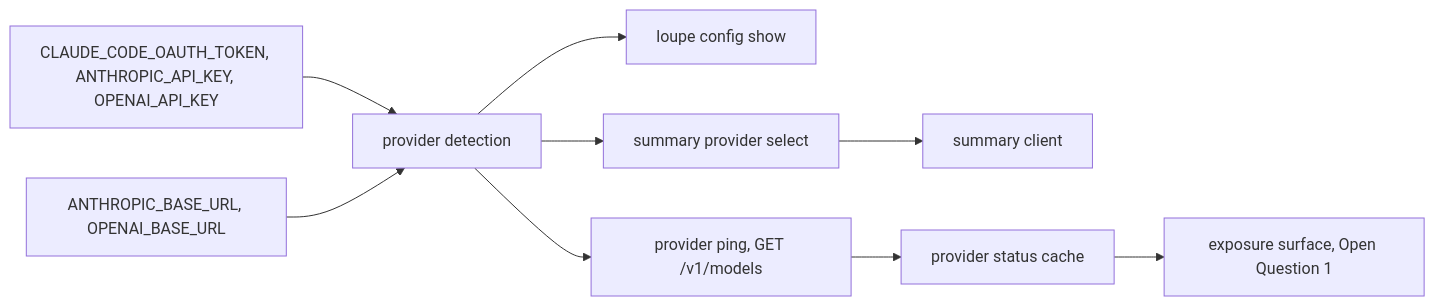
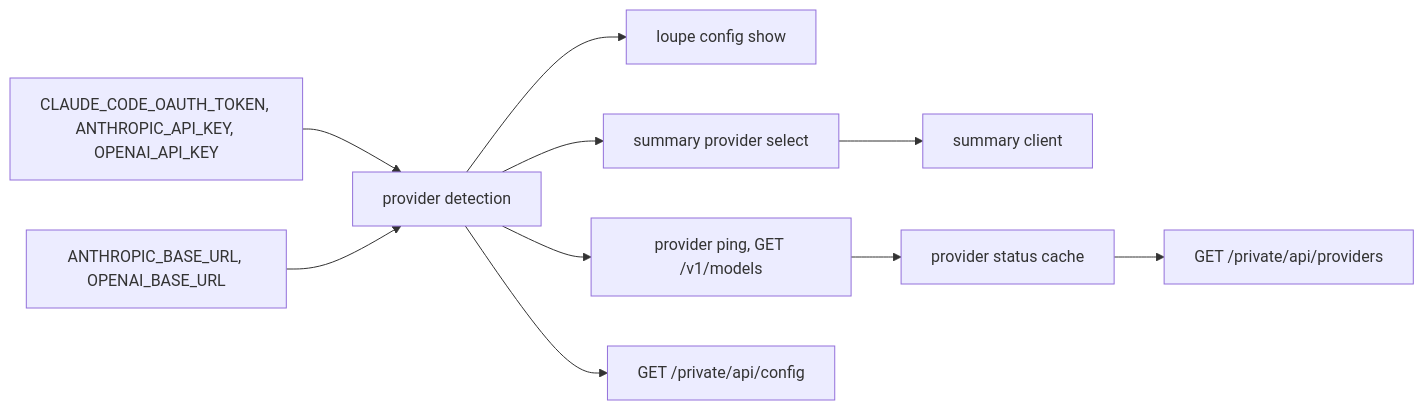
One commit to desek/agentloupe changed the second of 4 diagrams in docs/cr/CR-0015-provider-credentials-and-health.md. Above: the diagram before and after it, drawn with Mermaid. The commit also changed other lines of this file, not shown here.

Commit message:
docs(cr): record the human decisions and the private config endpoint in CR-0015

````diff
--- a/docs/cr/CR-0015-provider-credentials-and-health.md
+++ b/docs/cr/CR-0015-provider-credentials-and-health.md
@@ -65,11 +66,12 @@
 ```mermaid
 flowchart LR
   V["CLAUDE_CODE_OAUTH_TOKEN, ANTHROPIC_API_KEY, OPENAI_API_KEY"] --> D["provider detection"]
   U["ANTHROPIC_BASE_URL, OPENAI_BASE_URL"] --> D
   D --> CS["loupe config show"]
   D --> SEL["summary provider select"]
   SEL --> S["summary client"]
   D --> P["provider ping, GET /v1/models"]
   P --> ST["provider status cache"]
-  ST --> X["exposure surface, Open Question 1"]
+  ST --> X["GET /private/api/providers"]
+  D --> CFG["GET /private/api/config"]
 ```
````
